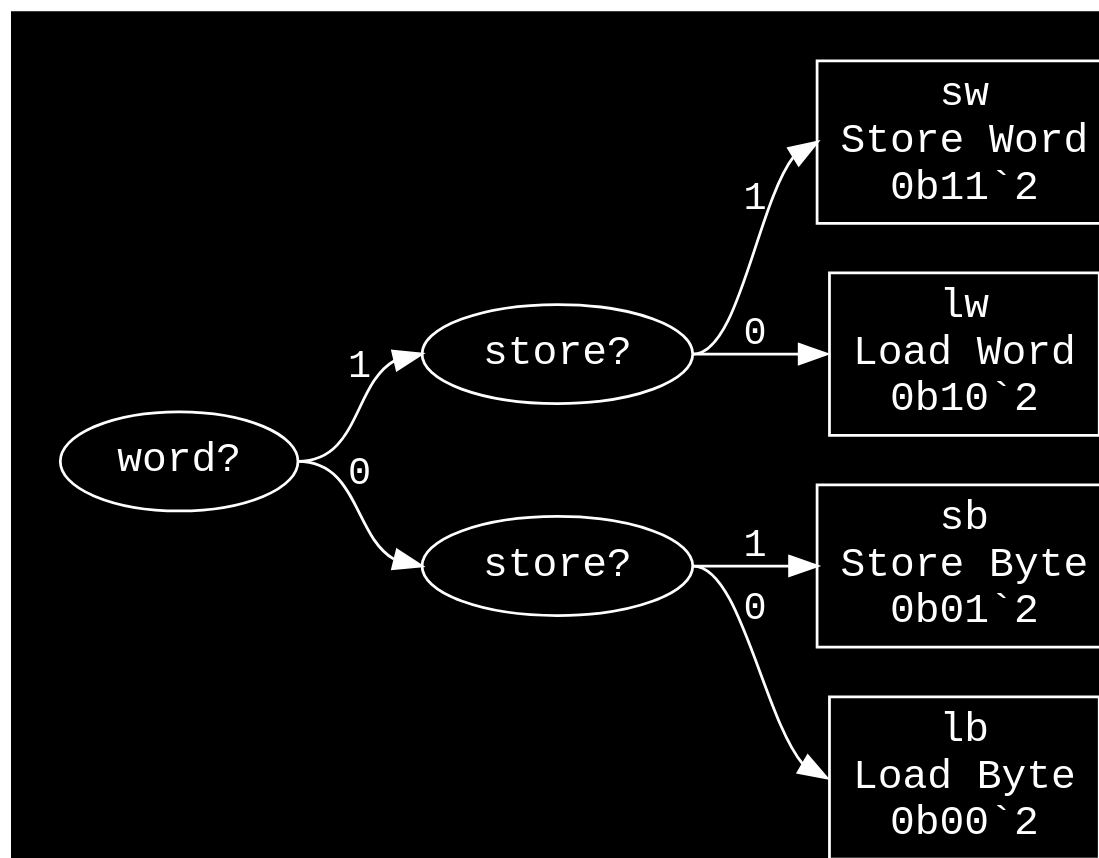
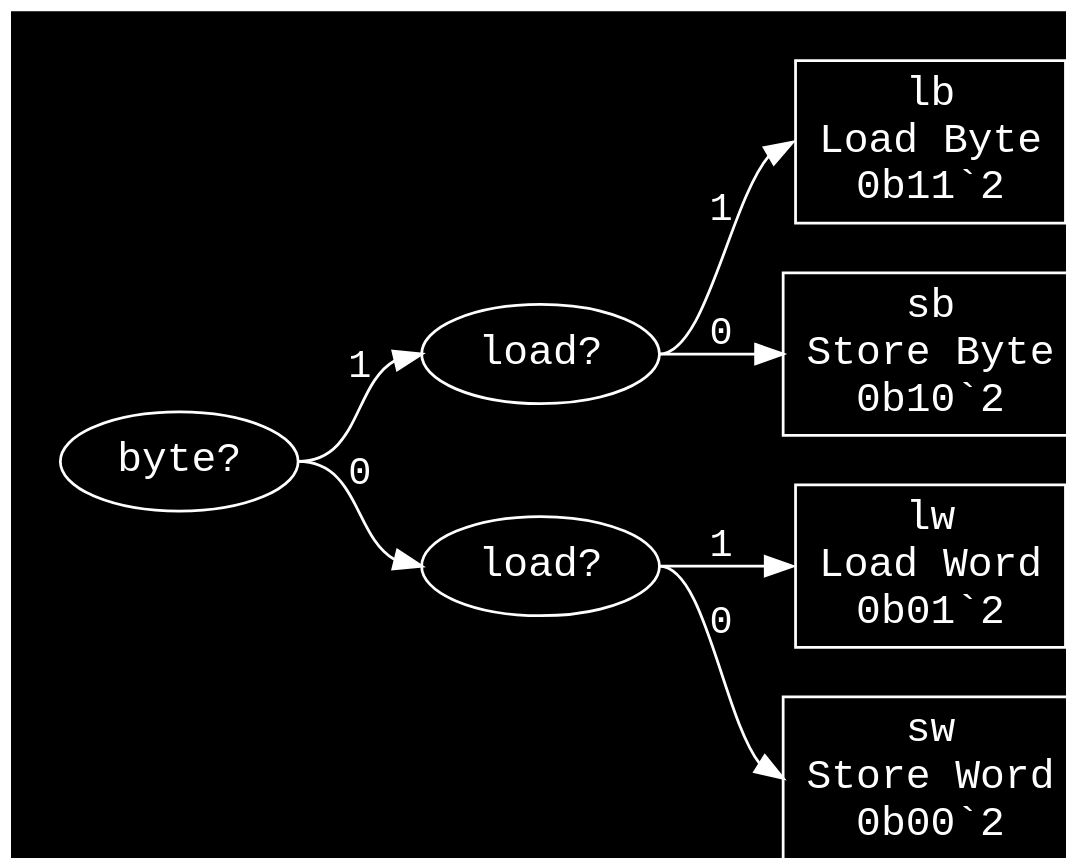
One commit to eignnx/SPRIND changed the diagram in assets/graphs/rri.dot. Above: the diagram before and after it, drawn with Graphviz. The commit also changed 15 other files, not shown here.

```diff
--- a/assets/graphs/rri.dot
+++ b/assets/graphs/rri.dot
@@ -1,18 +1,18 @@
 digraph "Format rri" {
   graph [dpi = 100, bgcolor="#111", fontcolor="white", rankdir=LR, pad="0.25"];
   node [fontname = "Courier", fontsize="15pt", color="white", fontcolor="white"];
   edge [fontname = "Courier", color="white", fontcolor="white"];
-  "word_1019694" [label = "word?", shape = ellipse];
-  "word_1019694":e -> "store_888754":w [label = "1"];
-  "word_1019694":e -> "store_3203235":w [label = "0"];
-  "store_888754" [label = "store?", shape = ellipse];
-  "store_888754":e -> "sw_14565502":w [label = "1"];
-  "store_888754":e -> "lw_13753362":w [label = "0"];
-  "sw_14565502" [label = "sw\nStore Word\n0b11`2", shape = rectangle];
-  "lw_13753362" [label = "lw\nLoad Word\n0b10`2", shape = rectangle];
-  "store_3203235" [label = "store?", shape = ellipse];
-  "store_3203235":e -> "sb_10225307":w [label = "1"];
-  "store_3203235":e -> "lb_1820023":w [label = "0"];
-  "sb_10225307" [label = "sb\nStore Byte\n0b01`2", shape = rectangle];
-  "lb_1820023" [label = "lb\nLoad Byte\n0b00`2", shape = rectangle];
+  "byte_15993721" [label = "byte?", shape = ellipse];
+  "byte_15993721":e -> "load_1097870":w [label = "1"];
+  "byte_15993721":e -> "load_6082504":w [label = "0"];
+  "load_1097870" [label = "load?", shape = ellipse];
+  "load_1097870":e -> "lb_1820023":w [label = "1"];
+  "load_1097870":e -> "sb_10225307":w [label = "0"];
+  "lb_1820023" [label = "lb\nLoad Byte\n0b11`2", shape = rectangle];
+  "sb_10225307" [label = "sb\nStore Byte\n0b10`2", shape = rectangle];
+  "load_6082504" [label = "load?", shape = ellipse];
+  "load_6082504":e -> "lw_13753362":w [label = "1"];
+  "load_6082504":e -> "sw_14565502":w [label = "0"];
+  "lw_13753362" [label = "lw\nLoad Word\n0b01`2", shape = rectangle];
+  "sw_14565502" [label = "sw\nStore Word\n0b00`2", shape = rectangle];
 }
```
